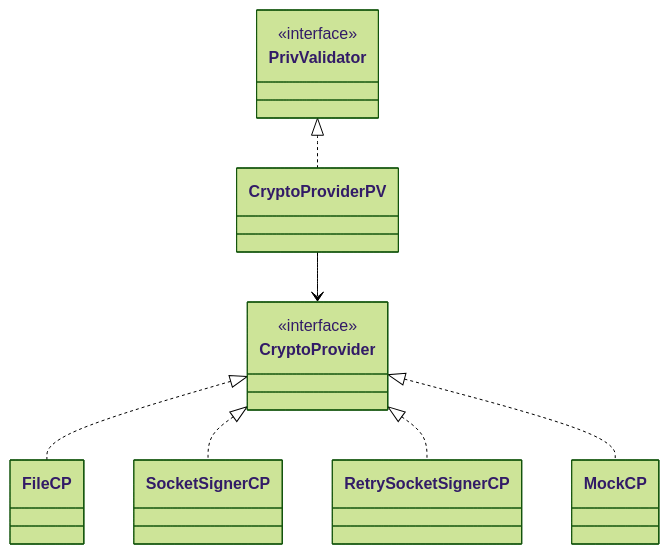
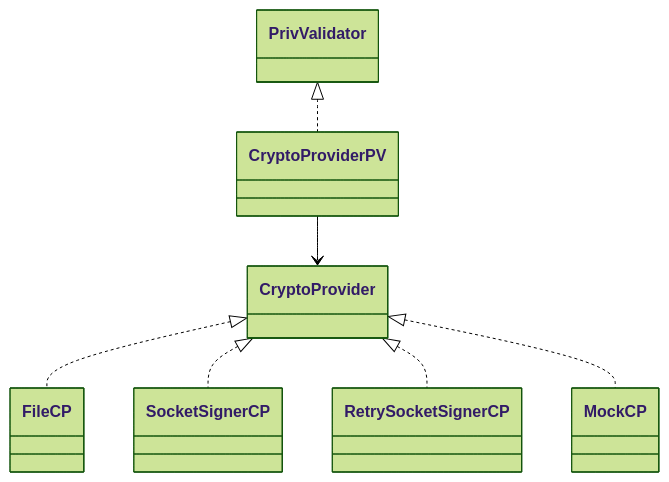
Before and after one commit to Reecepbcups/cometbft: the second of 2 diagrams in docs/docs/references/architecture/adr-117-cryptoprovider-implementation.md, drawn with Mermaid (forest theme). The commit also changed other lines of this file and 42 other files, not shown here.

````diff
--- a/docs/docs/references/architecture/adr-117-cryptoprovider-implementation.md
+++ b/docs/docs/references/architecture/adr-117-cryptoprovider-implementation.md
@@ -110,32 +110,32 @@
 ```mermaid
 classDiagram
     class PrivValidator {
-        <<interface>>
+        <interface>
     }
 
     class CryptoProvider {
-        <<interface>>
+        <interface>
     }
 
     class CryptoProviderPV {
     }
 
     class FileCP {
     }
 
     class SocketSignerCP {
     }
 
     class RetrySocketSignerCP {
     }
 
     class MockCP {
     }
 
     PrivValidator <|.. CryptoProviderPV
     CryptoProviderPV --> CryptoProvider
     CryptoProvider <|.. FileCP
     CryptoProvider <|.. SocketSignerCP
     CryptoProvider <|.. RetrySocketSignerCP
     CryptoProvider <|.. MockCP
 ```
````
